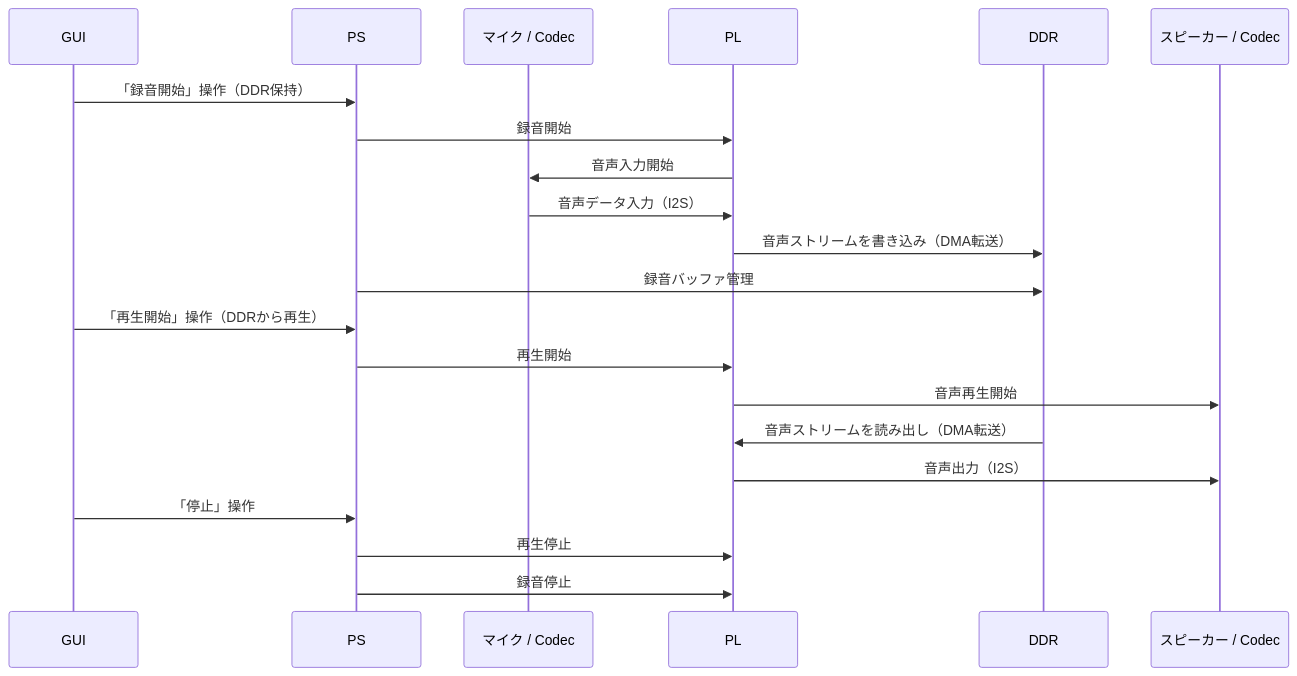
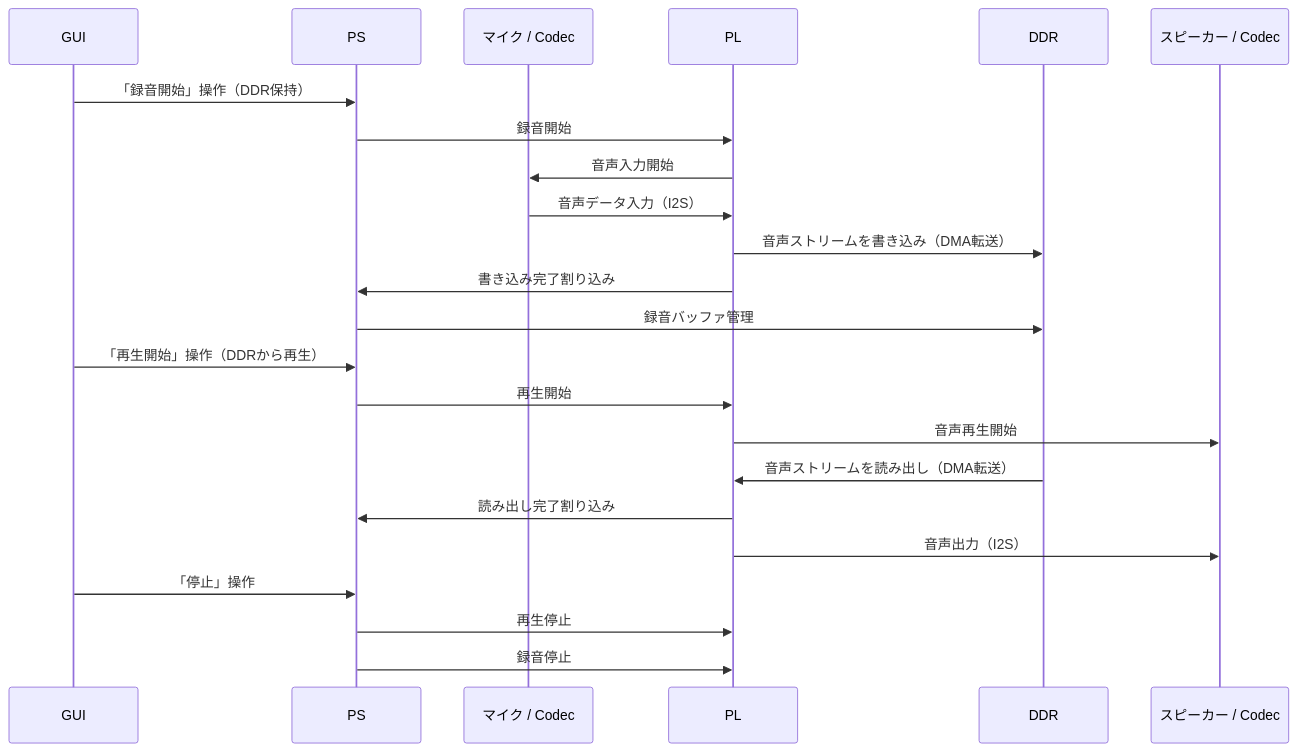
The third of 3 diagrams in docs/system_design.md (kiiisy/VoiceNote-System), drawn with Mermaid before and after one commit. The commit also changed other lines of this file and 1 other file, not shown here.

````diff
--- a/docs/system_design.md
+++ b/docs/system_design.md
@@ -343,26 +345,28 @@
 ```mermaid
 sequenceDiagram
     participant GUI as GUI
     participant PS as PS
     participant Mic as マイク / Codec
     participant PL as PL
     participant DDR as DDR
     participant Spk as スピーカー / Codec
 
     GUI->>PS: 「録音開始」操作（DDR保持）
     PS->>PL: 録音開始
     PL->>Mic: 音声入力開始
     Mic->>PL: 音声データ入力（I2S）
     PL->>DDR: 音声ストリームを書き込み（DMA転送）
+    PL->>PS: 書き込み完了割り込み
     PS->>DDR: 録音バッファ管理
 
     GUI->>PS: 「再生開始」操作（DDRから再生）
     PS->>PL: 再生開始
     PL->>Spk: 音声再生開始
     DDR->>PL: 音声ストリームを読み出し（DMA転送）
+    PL->>PS: 読み出し完了割り込み
     PL->>Spk: 音声出力（I2S）
 
     GUI->>PS: 「停止」操作
     PS->>PL: 再生停止
     PS->>PL: 録音停止
 ```
````
